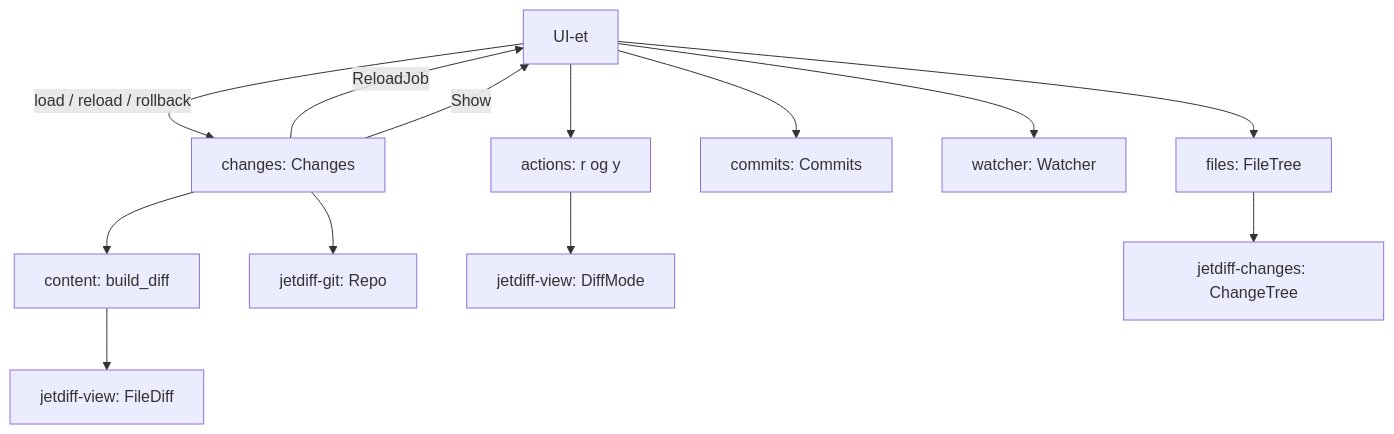
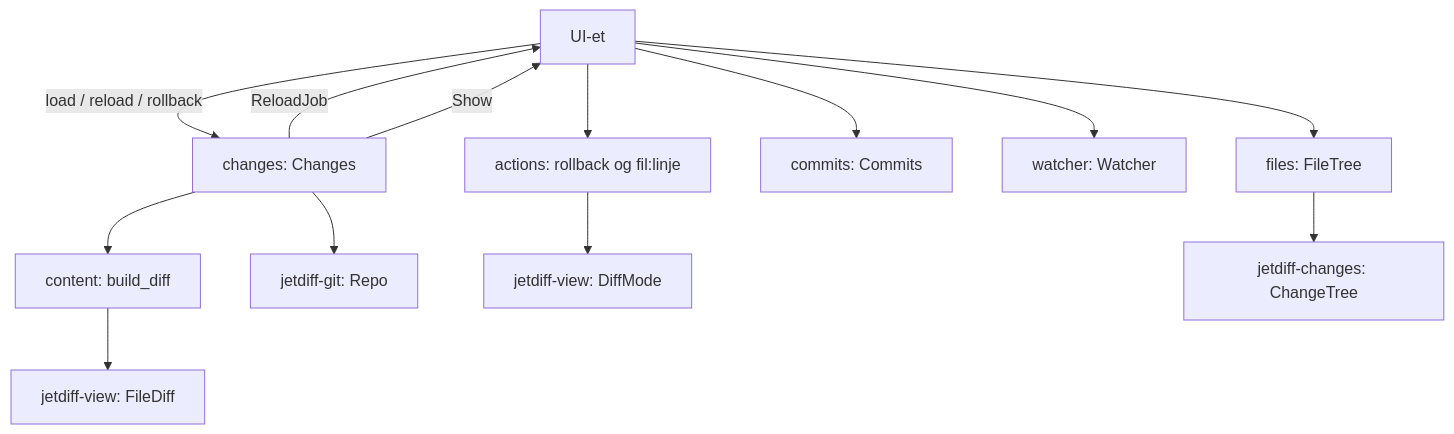
One commit to akemkers/jetdiff changed the diagram in crates/jetdiff-app/README.md. Above: the diagram before and after it, drawn with Mermaid. The commit also changed other lines of this file and 11 other files, not shown here.

````diff
--- a/crates/jetdiff-app/README.md
+++ b/crates/jetdiff-app/README.md
@@ -63,15 +63,15 @@
 ```mermaid
 graph TD
     ui[UI-et] -- load / reload / rollback --> changes[changes: Changes]
     changes -- ReloadJob --> ui
     changes -- Show --> ui
     changes --> content[content: build_diff]
     content --> view[jetdiff-view: FileDiff]
     changes --> git[jetdiff-git: Repo]
     ui --> files[files: FileTree]
     ui --> commits[commits: Commits]
     ui --> watcher[watcher: Watcher]
-    ui --> actions[actions: r og y]
+    ui --> actions[actions: rollback og fil:linje]
     actions --> mode[jetdiff-view: DiffMode]
     files --> tree[jetdiff-changes: ChangeTree]
 ```
````
